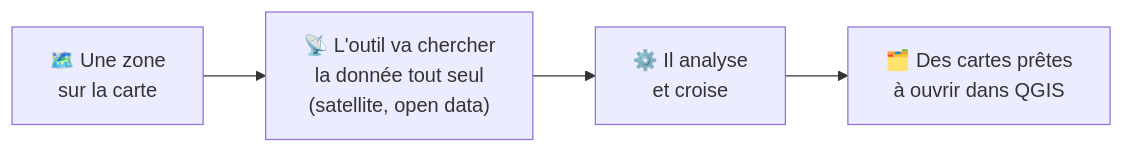
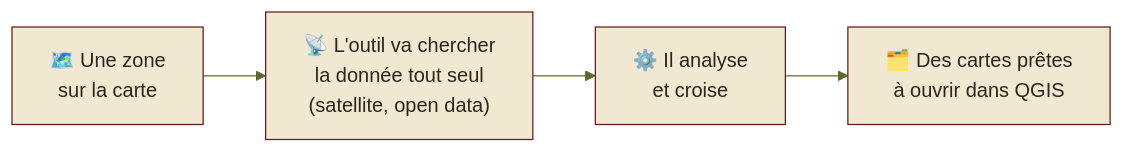
The diagram in README.md (BastienLebrou/portefolio_project), drawn with Mermaid before and after one commit. The commit also changed other lines of this file and 3 other files, not shown here.

````diff
--- a/README.md
+++ b/README.md
@@ -92,6 +114,7 @@
 ```mermaid
+%%{init: {'theme':'base','themeVariables':{'primaryColor':'#F1E8D2','primaryBorderColor':'#661C1A','primaryTextColor':'#2B261D','lineColor':'#5C6A30','fontFamily':'IBM Plex Sans, Segoe UI, sans-serif'}}}%%
 flowchart LR
     A["🗺️ Une zone<br/>sur la carte"] --> B["📡 L'outil va chercher<br/>la donnée tout seul<br/>(satellite, open data)"]
     B --> C["⚙️ Il analyse<br/>et croise"]
     C --> D["🗂️ Des cartes prêtes<br/>à ouvrir dans QGIS"]
 ```
````
